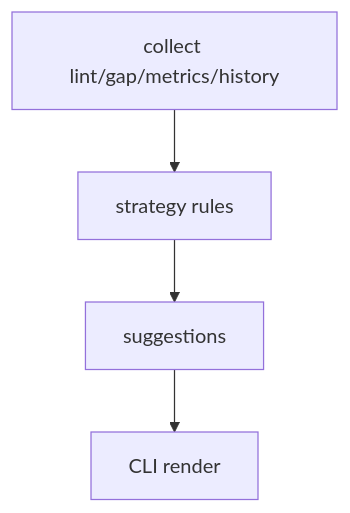
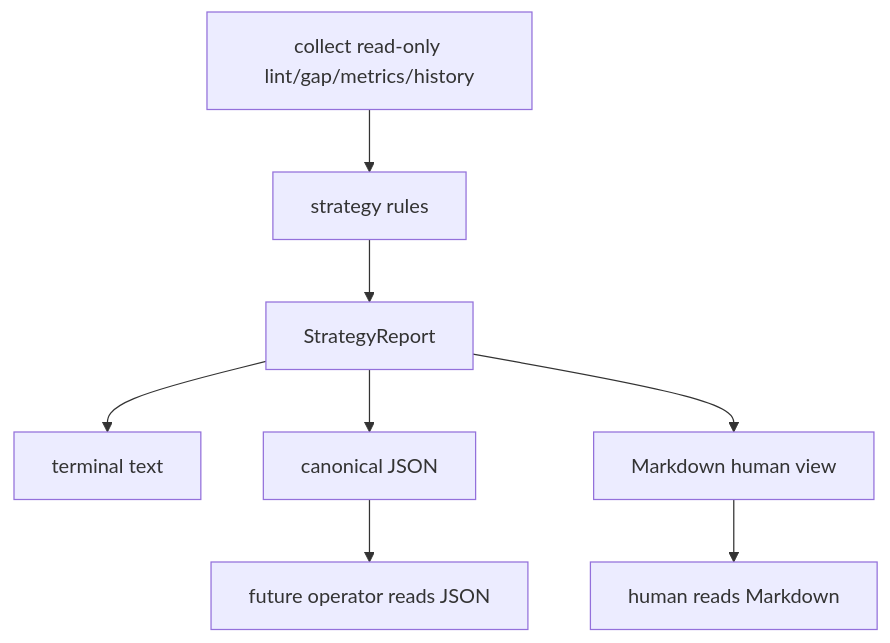
Before and after one commit to 6tizer/wiki-mempalace: the first of 2 diagrams in docs/specs/m12-strategy/design.md, drawn with Mermaid. The commit also changed other lines of this file and 18 other files, not shown here.

Commit message:
implement m12 strategy suggestions

````diff
--- a/docs/specs/m12-strategy/design.md
+++ b/docs/specs/m12-strategy/design.md
@@ -15,6 +21,10 @@
 ```mermaid
 flowchart TD
-    A["collect lint/gap/metrics/history"] --> B["strategy rules"]
-    B --> C["suggestions"]
-    C --> D["CLI render"]
+    A["collect read-only lint/gap/metrics/history"] --> B["strategy rules"]
+    B --> C["StrategyReport"]
+    C --> D["terminal text"]
+    C --> E["canonical JSON"]
+    C --> F["Markdown human view"]
+    E --> G["future operator reads JSON"]
+    F --> H["human reads Markdown"]
 ```
````
